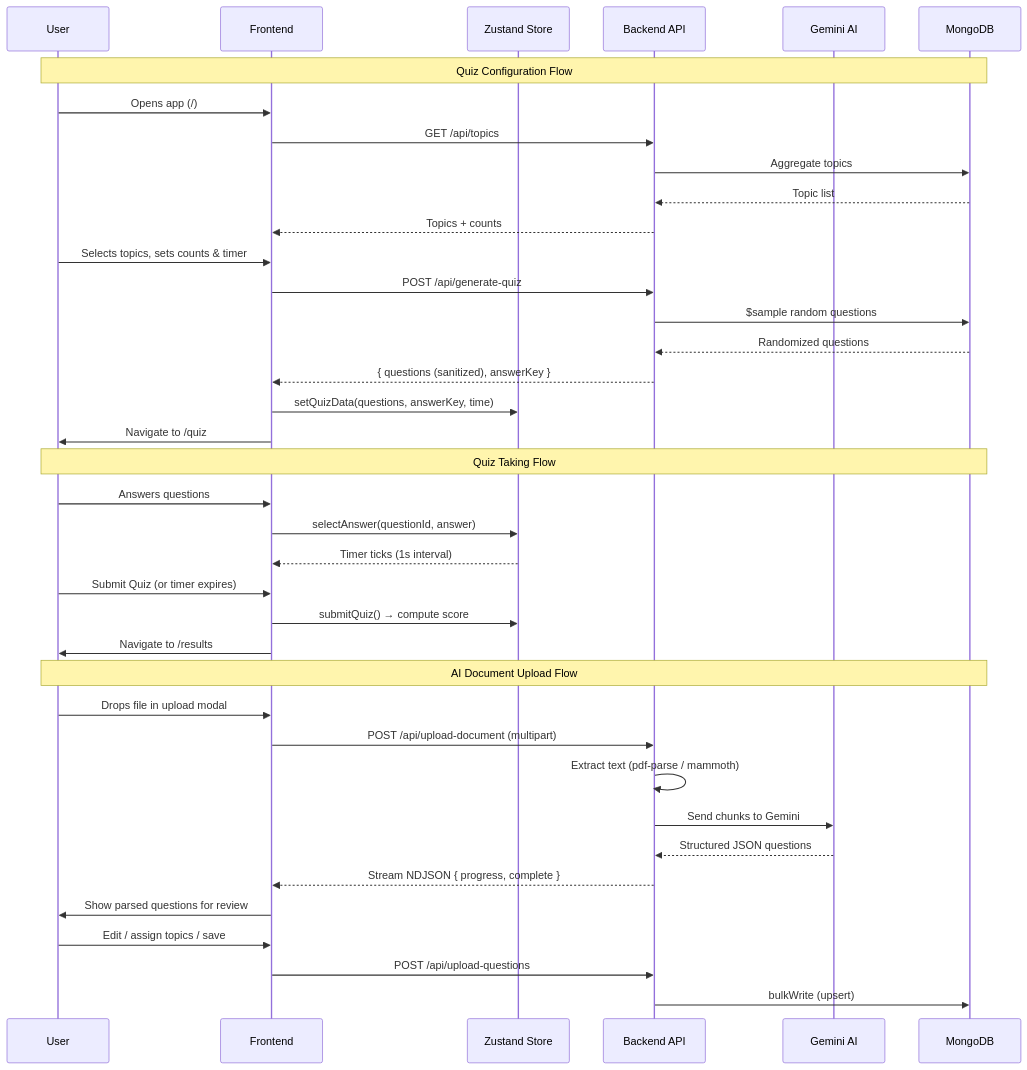
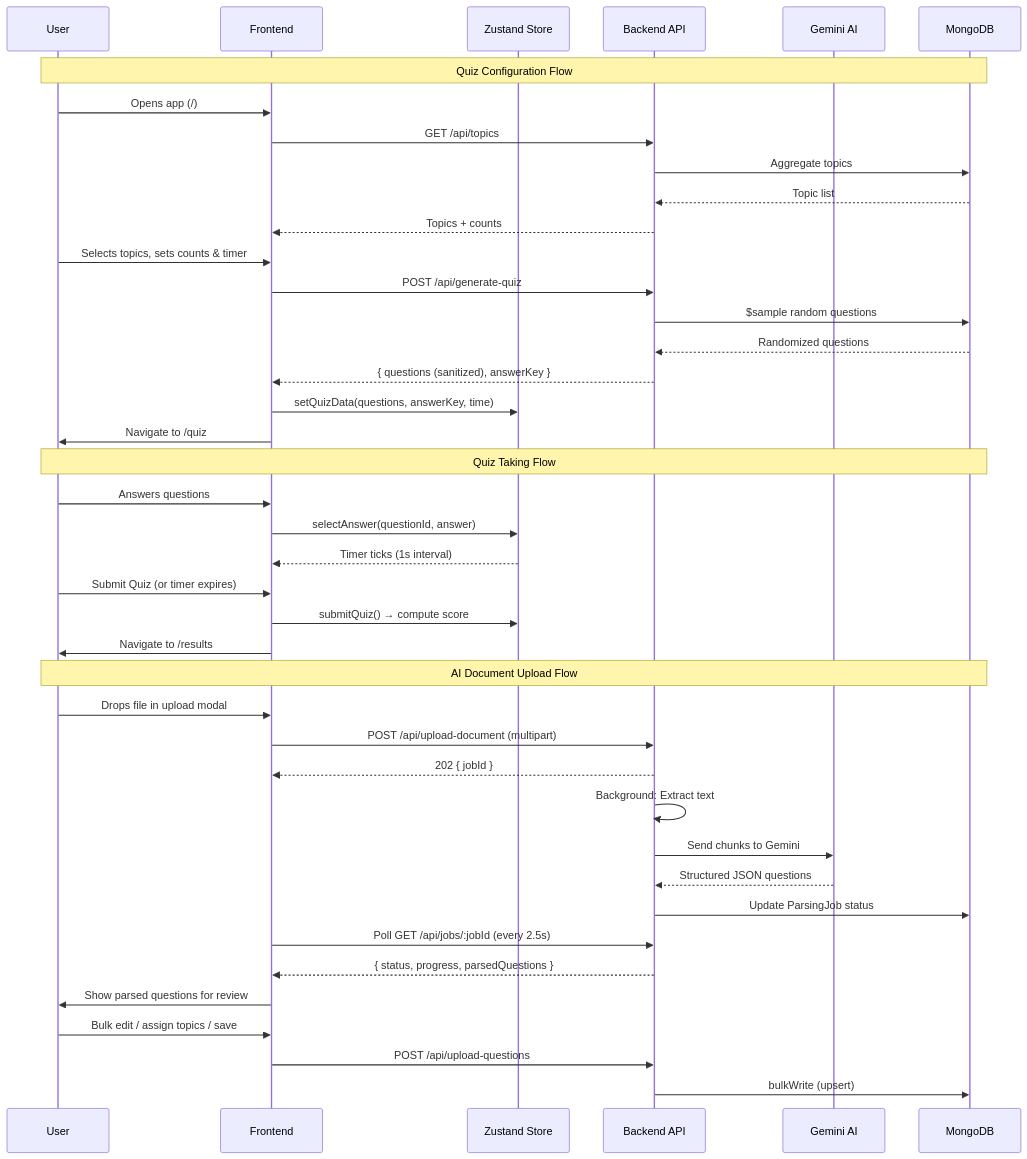
The second of 5 diagrams in docs/TECHNICAL_DOCUMENTATION.md (shshwtkhr/quiz-app), drawn with Mermaid before and after one commit. The commit also changed other lines of this file and 1 other file, not shown here.

````diff
--- a/docs/TECHNICAL_DOCUMENTATION.md
+++ b/docs/TECHNICAL_DOCUMENTATION.md
@@ -93,43 +95,46 @@
 ```mermaid
 sequenceDiagram
     participant U as User
     participant F as Frontend
     participant S as Zustand Store
     participant B as Backend API
     participant AI as Gemini AI
     participant DB as MongoDB
 
     Note over U,DB: Quiz Configuration Flow
     U->>F: Opens app (/)
     F->>B: GET /api/topics
     B->>DB: Aggregate topics
     DB-->>B: Topic list
     B-->>F: Topics + counts
     U->>F: Selects topics, sets counts & timer
     F->>B: POST /api/generate-quiz
     B->>DB: $sample random questions
     DB-->>B: Randomized questions
     B-->>F: { questions (sanitized), answerKey }
     F->>S: setQuizData(questions, answerKey, time)
     F->>U: Navigate to /quiz
 
     Note over U,DB: Quiz Taking Flow
     U->>F: Answers questions
     F->>S: selectAnswer(questionId, answer)
     S-->>F: Timer ticks (1s interval)
     U->>F: Submit Quiz (or timer expires)
     F->>S: submitQuiz() → compute score
     F->>U: Navigate to /results
 
     Note over U,DB: AI Document Upload Flow
     U->>F: Drops file in upload modal
     F->>B: POST /api/upload-document (multipart)
-    B->>B: Extract text (pdf-parse / mammoth)
+    B-->>F: 202 { jobId }
+    B->>B: Background: Extract text
     B->>AI: Send chunks to Gemini
     AI-->>B: Structured JSON questions
-    B-->>F: Stream NDJSON { progress, complete }
+    B->>DB: Update ParsingJob status
+    F->>B: Poll GET /api/jobs/:jobId (every 2.5s)
+    B-->>F: { status, progress, parsedQuestions }
     F->>U: Show parsed questions for review
-    U->>F: Edit / assign topics / save
+    U->>F: Bulk edit / assign topics / save
     F->>B: POST /api/upload-questions
     B->>DB: bulkWrite (upsert)
 ```
````
